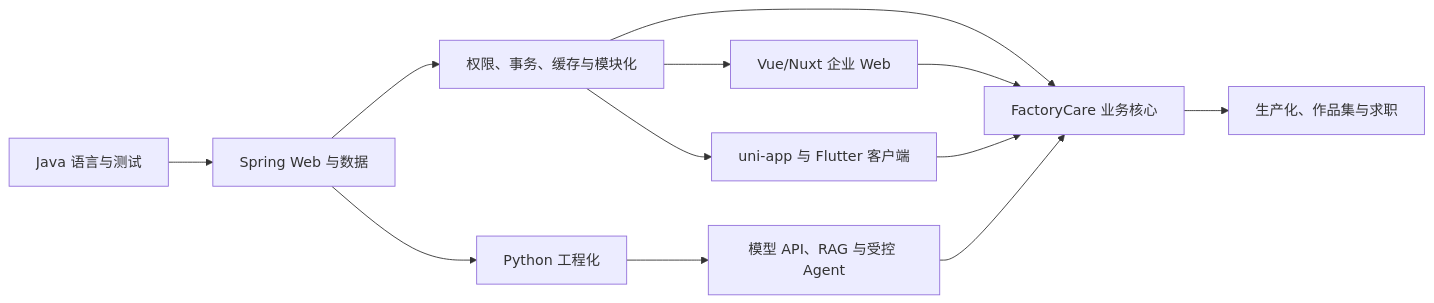
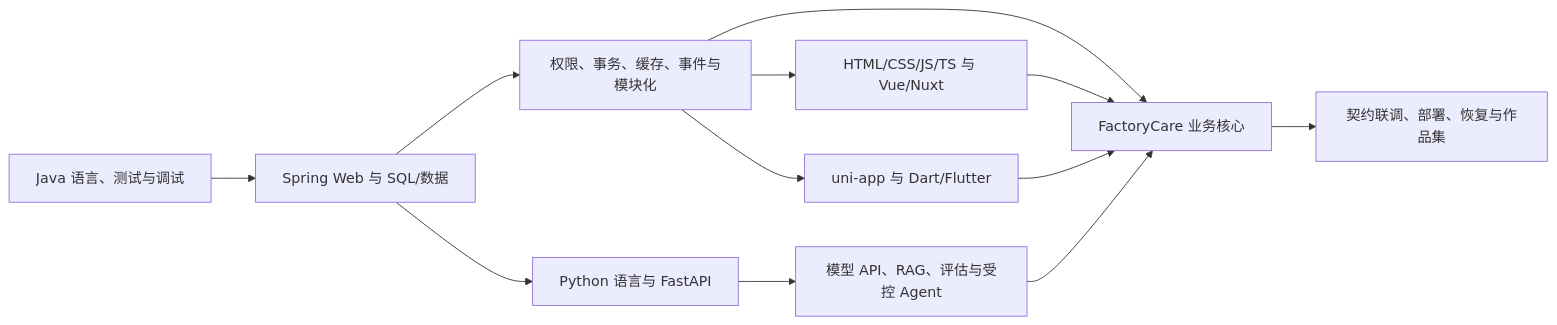
One commit to YouRen1320/Computer changed the diagram in LEARNING_PLAN.md. Above: the diagram before and after it, drawn with Mermaid. The commit also changed other lines of this file and 120 other files, not shown here.

````diff
--- a/LEARNING_PLAN.md
+++ b/LEARNING_PLAN.md
@@ -63,14 +60,14 @@
 ```mermaid
 flowchart LR
-    A["Java 语言与测试"] --> B["Spring Web 与数据"]
-    B --> C["权限、事务、缓存与模块化"]
-    C --> D["Vue/Nuxt 企业 Web"]
-    C --> E["uni-app 与 Flutter 客户端"]
-    B --> F["Python 工程化"]
-    F --> G["模型 API、RAG 与受控 Agent"]
+    A["Java 语言、测试与调试"] --> B["Spring Web 与 SQL/数据"]
+    B --> C["权限、事务、缓存、事件与模块化"]
+    C --> D["HTML/CSS/JS/TS 与 Vue/Nuxt"]
+    C --> E["uni-app 与 Dart/Flutter"]
+    B --> F["Python 语言与 FastAPI"]
+    F --> G["模型 API、RAG、评估与受控 Agent"]
     C --> H["FactoryCare 业务核心"]
     D --> H
     E --> H
     G --> H
-    H --> I["生产化、作品集与求职"]
+    H --> I["契约联调、部署、恢复与作品集"]
 ```
````
